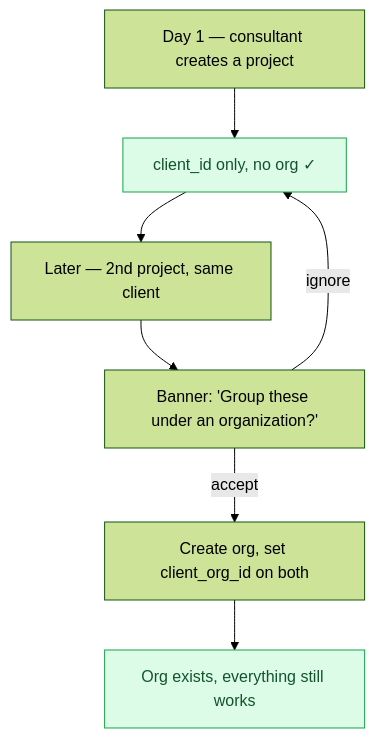
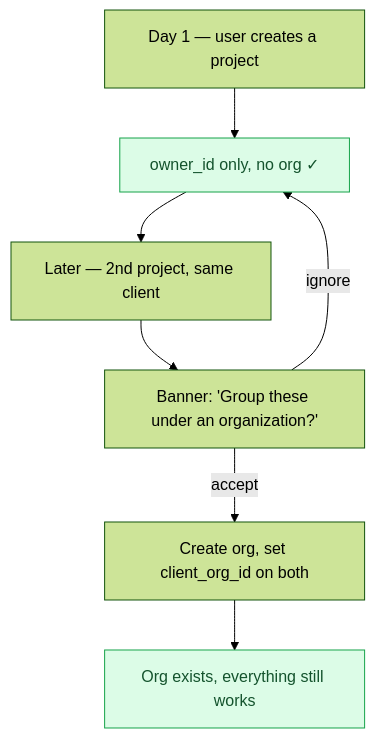
One commit to DavidBatoDev/proyekto changed the fourth of 5 diagrams in docs/13-proposals/organizations-and-services.md. Above: the diagram before and after it, drawn with Mermaid (forest theme). The commit also changed other lines of this file and 51 other files, not shown here.

Commit message:
refactor: rename project client to owner

````diff
--- a/docs/13-proposals/organizations-and-services.md
+++ b/docs/13-proposals/organizations-and-services.md
@@ -132,12 +133,12 @@
 ```mermaid
 flowchart TD
-    D1["Day 1 — consultant creates a project"] --> S1["client_id only, no org ✓"]
+    D1["Day 1 — user creates a project"] --> S1["owner_id only, no org ✓"]
     S1 --> D2["Later — 2nd project, same client"]
     D2 --> OFFER["Banner: 'Group these under an organization?'"]
     OFFER -->|accept| MAKE["Create org, set client_org_id on both"]
     OFFER -->|ignore| S1
     MAKE --> S2["Org exists, everything still works"]
 
     style S1 fill:#dcfce7,stroke:#16a34a,color:#14532d
     style S2 fill:#dcfce7,stroke:#16a34a,color:#14532d
 ```
````
